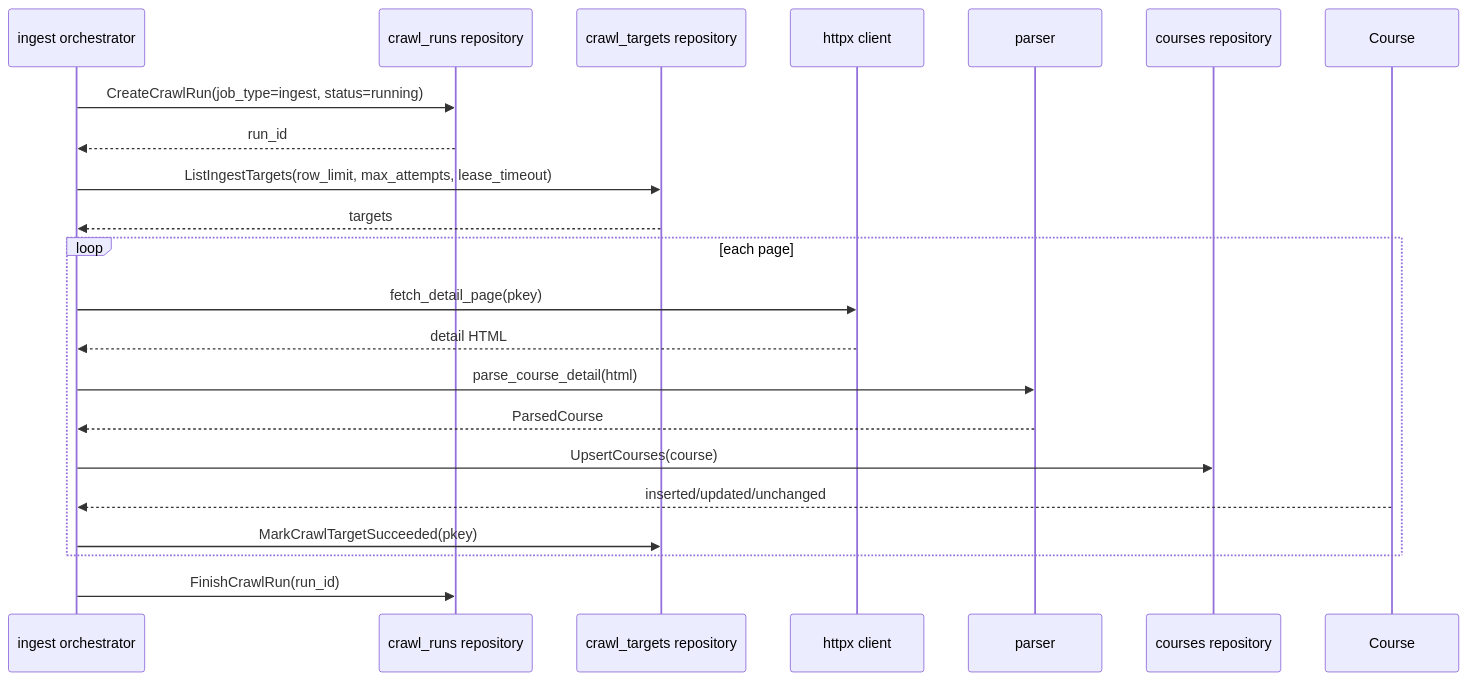
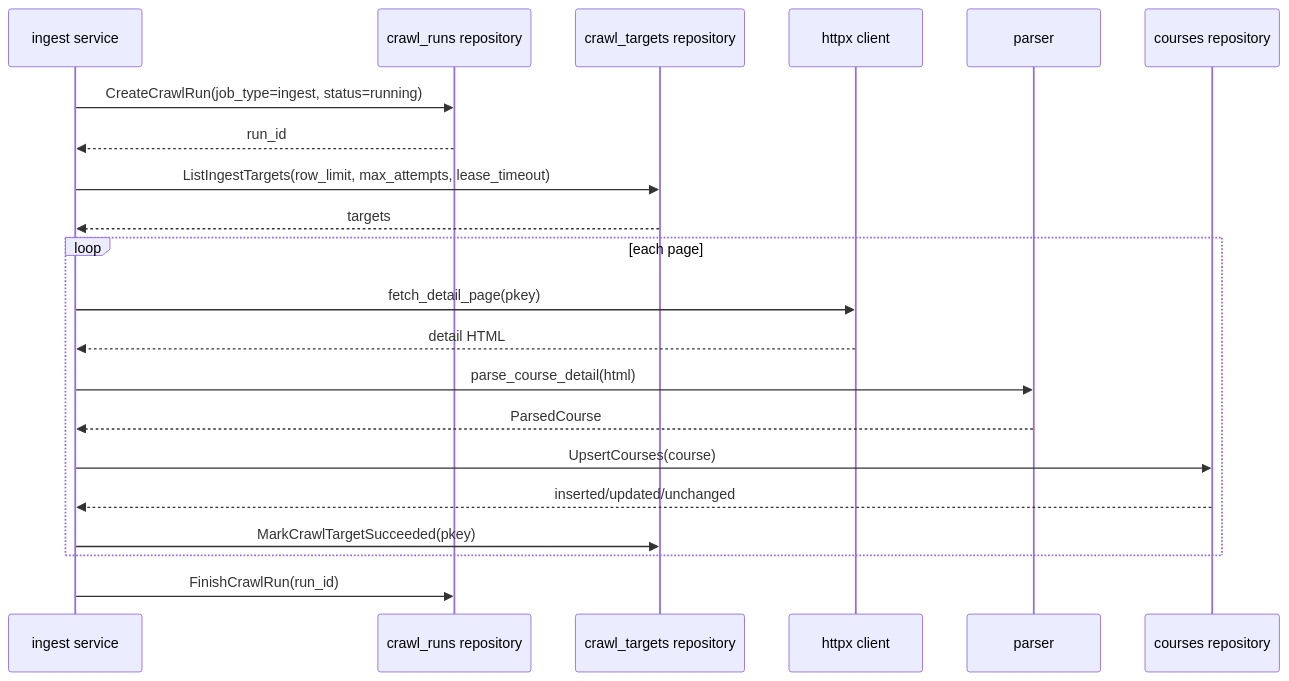
One commit to tsukuneA1/hoge changed the third of 4 diagrams in docs/design/2026-06-07-syllabus-crawler.md. Above: the diagram before and after it, drawn with Mermaid. The commit also changed other lines of this file, not shown here.

````diff
--- a/docs/design/2026-06-07-syllabus-crawler.md
+++ b/docs/design/2026-06-07-syllabus-crawler.md
@@ -183,28 +183,28 @@
 ```mermaid
 sequenceDiagram
-    participant Job as ingest orchestrator
+    participant Job as ingest service
     participant Runs as crawl_runs repository
     participant Targets as crawl_targets repository
     participant HTTP as httpx client
     participant Parser as parser
     participant Courses as courses repository
 
     Job->>Runs: CreateCrawlRun(job_type=ingest, status=running)
     Runs-->>Job: run_id
 
     Job->>Targets: ListIngestTargets(row_limit, max_attempts, lease_timeout)
     Targets-->>Job: targets
     loop each page
         Job->>HTTP: fetch_detail_page(pkey)
         HTTP-->>Job: detail HTML
 
         Job->>Parser: parse_course_detail(html)
         Parser-->>Job: ParsedCourse
 
         Job->>Courses: UpsertCourses(course)
-        Course-->>Job: inserted/updated/unchanged
+        Courses-->>Job: inserted/updated/unchanged
 
         Job->>Targets: MarkCrawlTargetSucceeded(pkey)
     end
     Job->>Runs: FinishCrawlRun(run_id)
 ```
````
